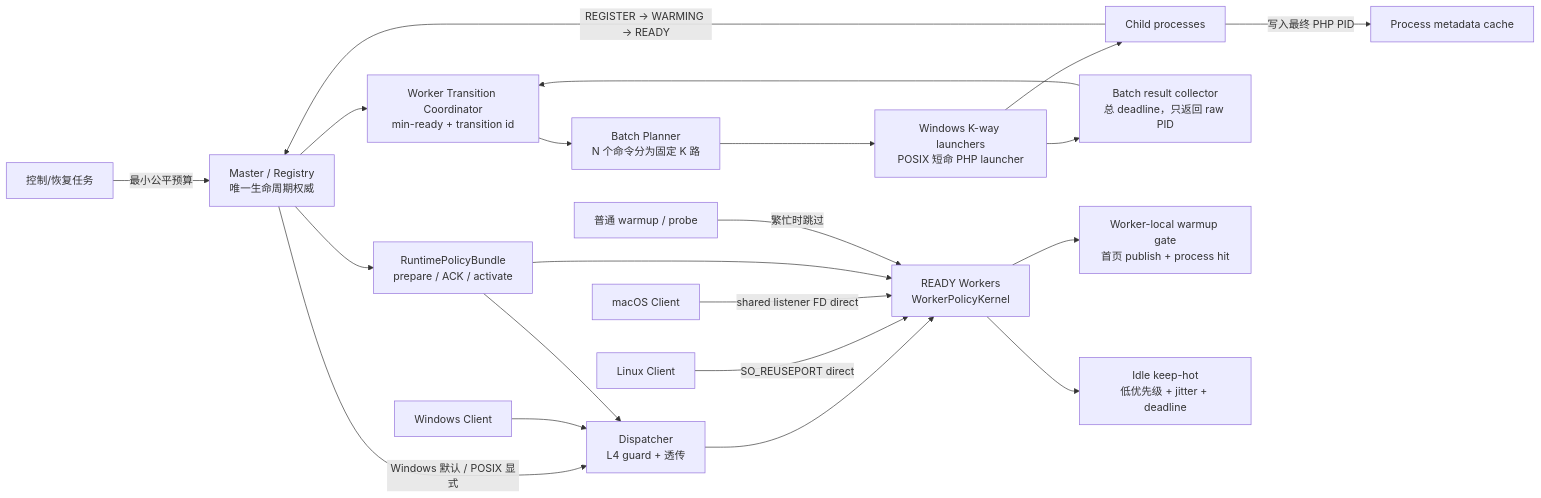
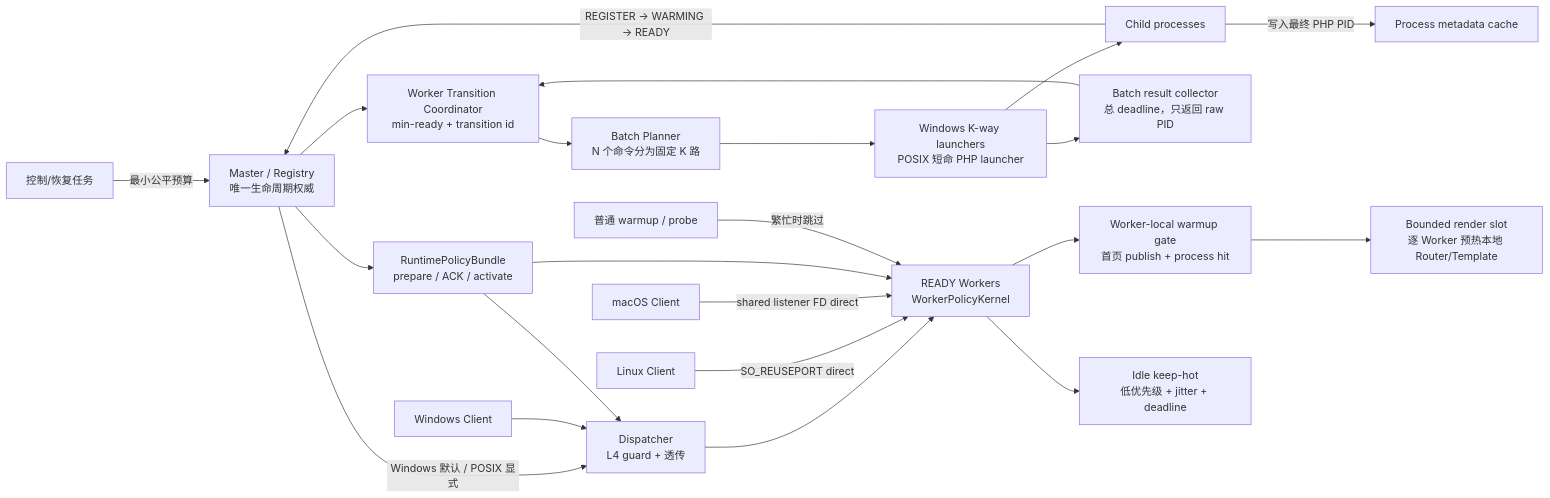
Before and after one commit to Aiweline/WelineFramework: the fourth of 7 diagrams in app/code/Weline/Server/doc/WLS架构图.md, drawn with Mermaid. The commit also changed other lines of this file and 4 other files, not shown here.

````diff
--- a/app/code/Weline/Server/doc/WLS架构图.md
+++ b/app/code/Weline/Server/doc/WLS架构图.md
@@ -123,24 +123,25 @@
 ```mermaid
 flowchart LR
   M["Master / Registry\n唯一生命周期权威"] --> T["Worker Transition Coordinator\nmin-ready + transition id"]
   M --> P["RuntimePolicyBundle\nprepare / ACK / activate"]
   T --> BP["Batch Planner\nN 个命令分为固定 K 路"]
   BP --> L["Windows K-way launchers\nPOSIX 短命 PHP launcher"]
   L --> CH["Child processes"]
   L --> RC["Batch result collector\n总 deadline，只返回 raw PID"]
   RC --> T
   CH -->|"写入最终 PHP PID"| PS["Process metadata cache"]
   CH -->|"REGISTER → WARMING → READY"| M
 
   M -->|"Windows 默认 / POSIX 显式"| D["Dispatcher\nL4 guard + 透传"]
   D --> W["READY Workers\nWorkerPolicyKernel"]
   CL["Linux Client"] -->|"SO_REUSEPORT direct"| W
   CM["macOS Client"] -->|"shared listener FD direct"| W
   CW["Windows Client"] --> D
   P --> D
   P --> W
   W --> WG["Worker-local warmup gate\n首页 publish + process hit"]
+  WG --> SR["Bounded render slot\n逐 Worker 预热本地 Router/Template"]
   W --> KH["Idle keep-hot\n低优先级 + jitter + deadline"]
   CTRL["控制/恢复任务"] -->|"最小公平预算"| M
   BG["普通 warmup / probe"] -->|"繁忙时跳过"| W
 ```
````
